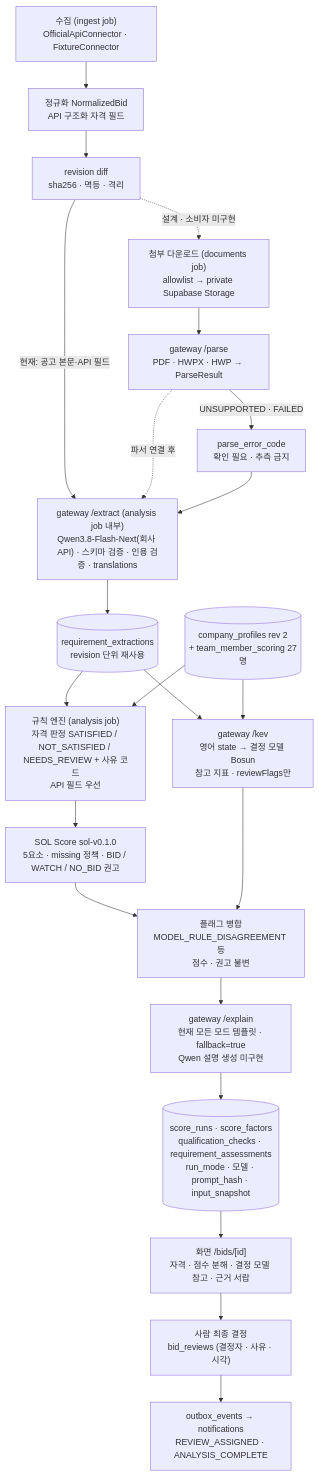
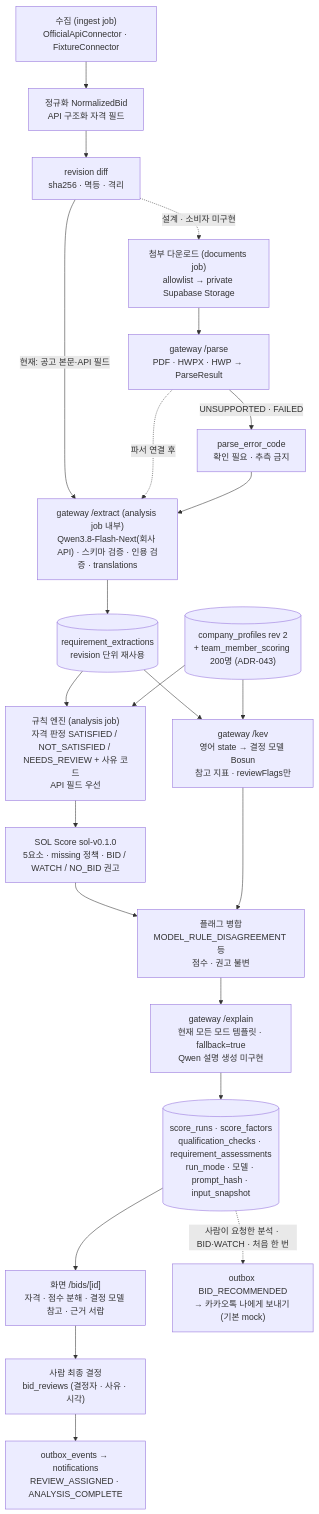
The third of 3 diagrams in docs/submission/architecture.md (solideoai/sol-radar), drawn with Mermaid before and after one commit. The commit also changed other lines of this file and 3 other files, not shown here.

````diff
--- a/docs/submission/architecture.md
+++ b/docs/submission/architecture.md
@@ -59,24 +98,25 @@
 ```mermaid
 flowchart TD
  A["수집 (ingest job)<br/>OfficialApiConnector · FixtureConnector"] --> N["정규화 NormalizedBid<br/>API 구조화 자격 필드"]
  N --> R1["revision diff<br/>sha256 · 멱등 · 격리"]
  R1 -. "설계 · 소비자 미구현" .-> D["첨부 다운로드 (documents job)<br/>allowlist → private Supabase Storage"]
  D --> P["gateway /parse<br/>PDF · HWPX · HWP → ParseResult"]
  P -->|UNSUPPORTED · FAILED| PE["parse_error_code<br/>확인 필요 · 추측 금지"]
  R1 -->|현재: 공고 본문·API 필드| E["gateway /extract (analysis job 내부)<br/>Qwen3.8-Flash-Next(회사 API) · 스키마 검증 · 인용 검증 · translations"]
  P -. "파서 연결 후" .-> E
  PE --> E
  E --> X[("requirement_extractions<br/>revision 단위 재사용")]
  X --> RE["규칙 엔진 (analysis job)<br/>자격 판정 SATISFIED / NOT_SATISFIED / NEEDS_REVIEW + 사유 코드<br/>API 필드 우선"]
- CP[("company_profiles rev 2<br/>+ team_member_scoring 27명")] --> RE
+ CP[("company_profiles rev 2<br/>+ team_member_scoring 200명 (ADR-043)")] --> RE
  RE --> S["SOL Score sol-v0.1.0<br/>5요소 · missing 정책 · BID / WATCH / NO_BID 권고"]
  X --> K["gateway /kev<br/>영어 state → 결정 모델 Bosun<br/>참고 지표 · reviewFlags만"]
  CP --> K
  S --> F["플래그 병합<br/>MODEL_RULE_DISAGREEMENT 등<br/>점수 · 권고 불변"]
  K --> F
  F --> EX["gateway /explain<br/>현재 모든 모드 템플릿 · fallback=true<br/>Qwen 설명 생성 미구현"]
  EX --> Z[("score_runs · score_factors<br/>qualification_checks · requirement_assessments<br/>run_mode · 모델 · prompt_hash · input_snapshot")]
  Z --> UI["화면 /bids/[id]<br/>자격 · 점수 분해 · 결정 모델 참고 · 근거 서랍"]
  UI --> H["사람 최종 결정<br/>bid_reviews (결정자 · 사유 · 시각)"]
  H --> O["outbox_events → notifications<br/>REVIEW_ASSIGNED · ANALYSIS_COMPLETE"]
+ Z -. "사람이 요청한 분석 · BID·WATCH · 처음 한 번" .-> KK["outbox BID_RECOMMENDED<br/>→ 카카오톡 나에게 보내기 (기본 mock)"]
 ```
````
